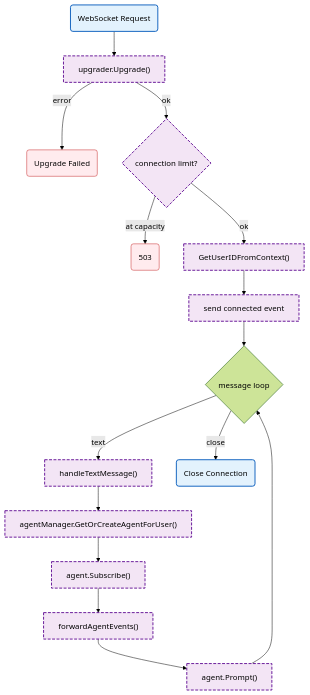
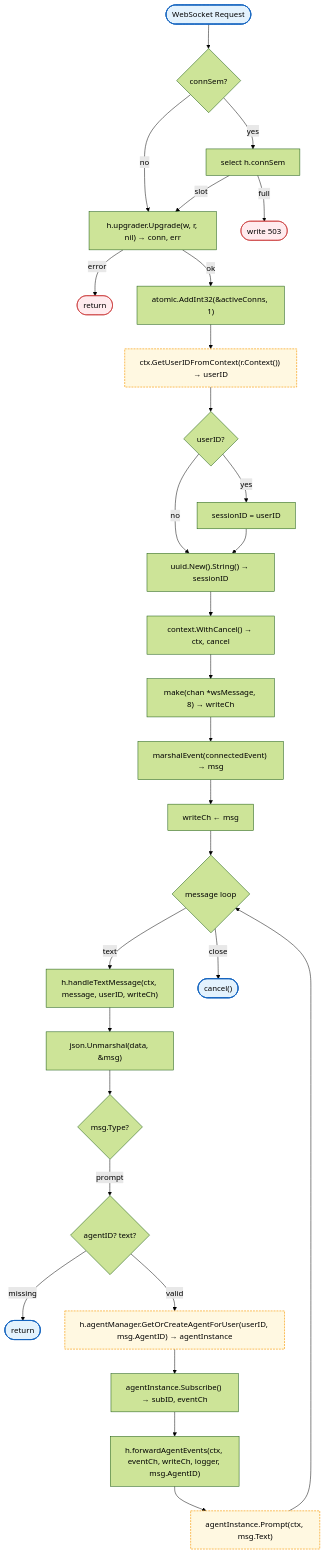
The diagram in docs/internal/websocket.md (radch-ai/ava), drawn with Mermaid (forest theme) before and after one commit. The commit also changed other lines of this file and 24 other files, not shown here.

````diff
--- a/docs/internal/websocket.md
+++ b/docs/internal/websocket.md
@@ -7,30 +7,43 @@
 ```mermaid
 flowchart TB
-    Start("WebSocket Request") --> Upgrade["upgrader.Upgrade()"]
-    Upgrade -->|error| UpgradeErr("Upgrade Failed")
-    Upgrade -->|ok| CheckLimit{connection limit?}
-    CheckLimit -->|at capacity| LimitErr("503")
-    CheckLimit -->|ok| GetUserID["GetUserIDFromContext()"]
-    GetUserID --> SendConnected["send connected event"]
-    SendConnected --> MsgLoop{message loop}
-    MsgLoop -->|text| HandleText["handleTextMessage()"]
-    MsgLoop -->|close| Close("Close Connection")
-    HandleText --> GetAgent["agentManager.GetOrCreateAgentForUser()"]
-    GetAgent --> Subscribe["agent.Subscribe()"]
-    Subscribe --> ForwardEvents["forwardAgentEvents()"]
-    ForwardEvents --> Prompt["agent.Prompt()"]
-    Prompt --> MsgLoop
+    Start([WebSocket Request]) --> CheckSem{connSem?}
+    CheckSem -->|yes| Acquire["select h.connSem"]
+    CheckSem -->|no| UpgradeConn
+    Acquire -->|full| LimitErr(["write 503"])
+    Acquire -->|slot| UpgradeConn["h.upgrader.Upgrade(w, r, nil) → conn, err"]
+    UpgradeConn -->|error| UpgradeErr(["return"])
+    UpgradeConn -->|ok| IncActive["atomic.AddInt32(&activeConns, 1)"]
+    IncActive --> GetUserID["ctx.GetUserIDFromContext(r.Context()) → userID"]
+    GetUserID --> CheckUser{userID?}
+    CheckUser -->|yes| SetSession["sessionID = userID"]
+    CheckUser -->|no| NewUUID["uuid.New().String() → sessionID"]
+    SetSession --> NewUUID
+    NewUUID --> CreateCtx["context.WithCancel() → ctx, cancel"]
+    CreateCtx --> MakeWriteCh["make(chan *wsMessage, 8) → writeCh"]
+    MakeWriteCh --> SendEvent["marshalEvent(connectedEvent) → msg"]
+    SendEvent --> WriteCh["writeCh ← msg"]
+    WriteCh --> MsgLoop{message loop}
+    MsgLoop -->|text| HandleText["h.handleTextMessage(ctx, message, userID, writeCh)"]
+    MsgLoop -->|close| Cancel(["cancel()"])
+    HandleText --> Unmarshal["json.Unmarshal(data, &msg)"]
+    Unmarshal --> CheckType{msg.Type?}
+    CheckType -->|prompt| ValidatePrompt{agentID? text?}
+    ValidatePrompt -->|missing| Skip(["return"])
+    ValidatePrompt -->|valid| GetAgent["h.agentManager.GetOrCreateAgentForUser(userID, msg.AgentID) → agentInstance"]
+    GetAgent --> Subscribe["agentInstance.Subscribe() → subID, eventCh"]
+    Subscribe --> ForwardEvents["h.forwardAgentEvents(ctx, eventCh, writeCh, logger, msg.AgentID)"]
+    ForwardEvents --> AgentPrompt["agentInstance.Prompt(ctx, msg.Text)"]
+    AgentPrompt --> MsgLoop
 
     click GetUserID href "ctx.md"
     click GetAgent href "agent/README.md"
-    click Prompt href "agent/README.md"
+    click AgentPrompt href "agent/README.md"
 
     classDef mainFn fill:#e3f2fd,stroke:#1565c0,stroke-width:2px
-    classDef internalFn fill:#f3e5f5,stroke:#6a1b9a,stroke-width:2px,stroke-dasharray:6 3
     classDef localPkgs fill:#fff8e1,stroke:#f9a825,stroke-width:1.5px,stroke-dasharray:4 2
     classDef errorFlow fill:#ffebee,stroke:#c62828,stroke-width:1px
 
-    class Start,Close mainFn
-    class Upgrade,CheckLimit,GetUserID,SendConnected,HandleText,GetAgent,Subscribe,ForwardEvents,Prompt internalFn
-    class UpgradeErr,LimitErr errorFlow
+    class Start,Cancel,Skip mainFn
+    class GetUserID,GetAgent,AgentPrompt localPkgs
+    class LimitErr,UpgradeErr errorFlow
 ```
````
